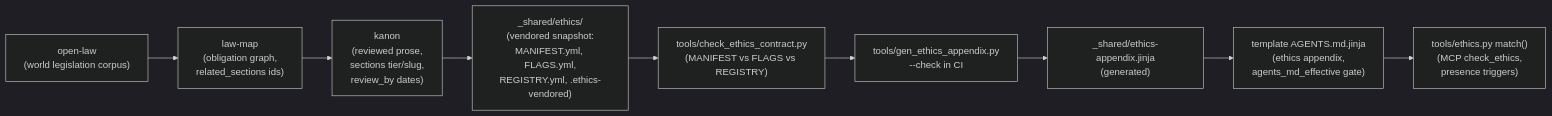
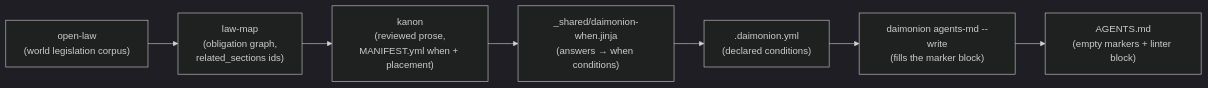
Before and after one commit to kasi-x/python-copier-template: the third of 4 diagrams in docs/explanations/flows.md, drawn with Mermaid (dark theme). The commit also changed other lines of this file and 89 other files, not shown here.

Commit message:
refactor(ethics): move section selection/injection to the daimonion linter; template emits .daimonion.yml + marker block

````diff
--- a/docs/explanations/flows.md
+++ b/docs/explanations/flows.md
@@ -66,11 +66,9 @@
 ```mermaid
 flowchart LR
     OL["open-law<br/>(world legislation corpus)"] --> LM["law-map<br/>(obligation graph,<br/>related_sections ids)"]
-    LM --> CX["kanon<br/>(reviewed prose,<br/>sections tier/slug,<br/>review_by dates)"]
-    CX --> VE["_shared/ethics/<br/>(vendored snapshot:<br/>MANIFEST.yml, FLAGS.yml,<br/>REGISTRY.yml, .ethics-vendored)"]
-    VE --> CC["tools/check_ethics_contract.py<br/>(MANIFEST vs FLAGS vs REGISTRY)"]
-    CC --> GA["tools/gen_ethics_appendix.py<br/>--check in CI"]
-    GA --> AJ["_shared/ethics-appendix.jinja<br/>(generated)"]
-    AJ --> AM["template AGENTS.md.jinja<br/>(ethics appendix,<br/>agents_md_effective gate)"]
-    AM --> ET["tools/ethics.py match()<br/>(MCP check_ethics,<br/>presence triggers)"]
+    LM --> CX["kanon<br/>(reviewed prose,<br/>MANIFEST.yml when + placement)"]
+    CX --> DW["_shared/daimonion-when.jinja<br/>(answers → when conditions)"]
+    DW --> DC[".daimonion.yml<br/>(declared conditions)"]
+    DC --> AM["daimonion agents-md --write<br/>(fills the marker block)"]
+    AM --> AG["AGENTS.md<br/>(empty markers + linter block)"]
 ```
````
